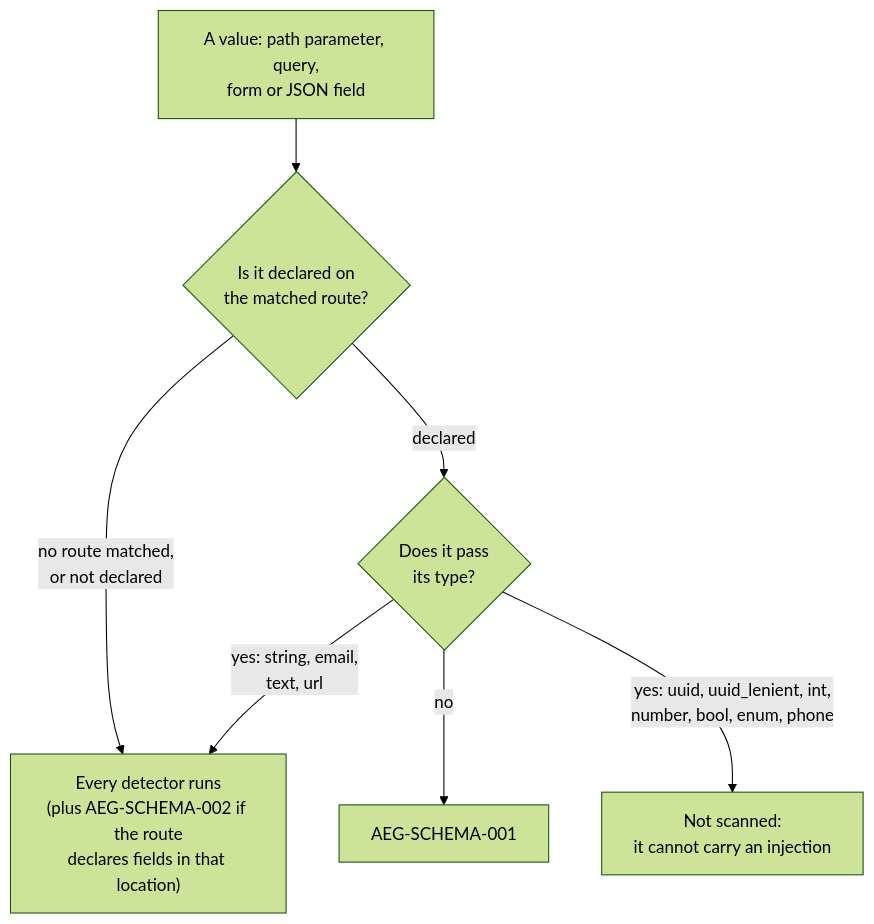
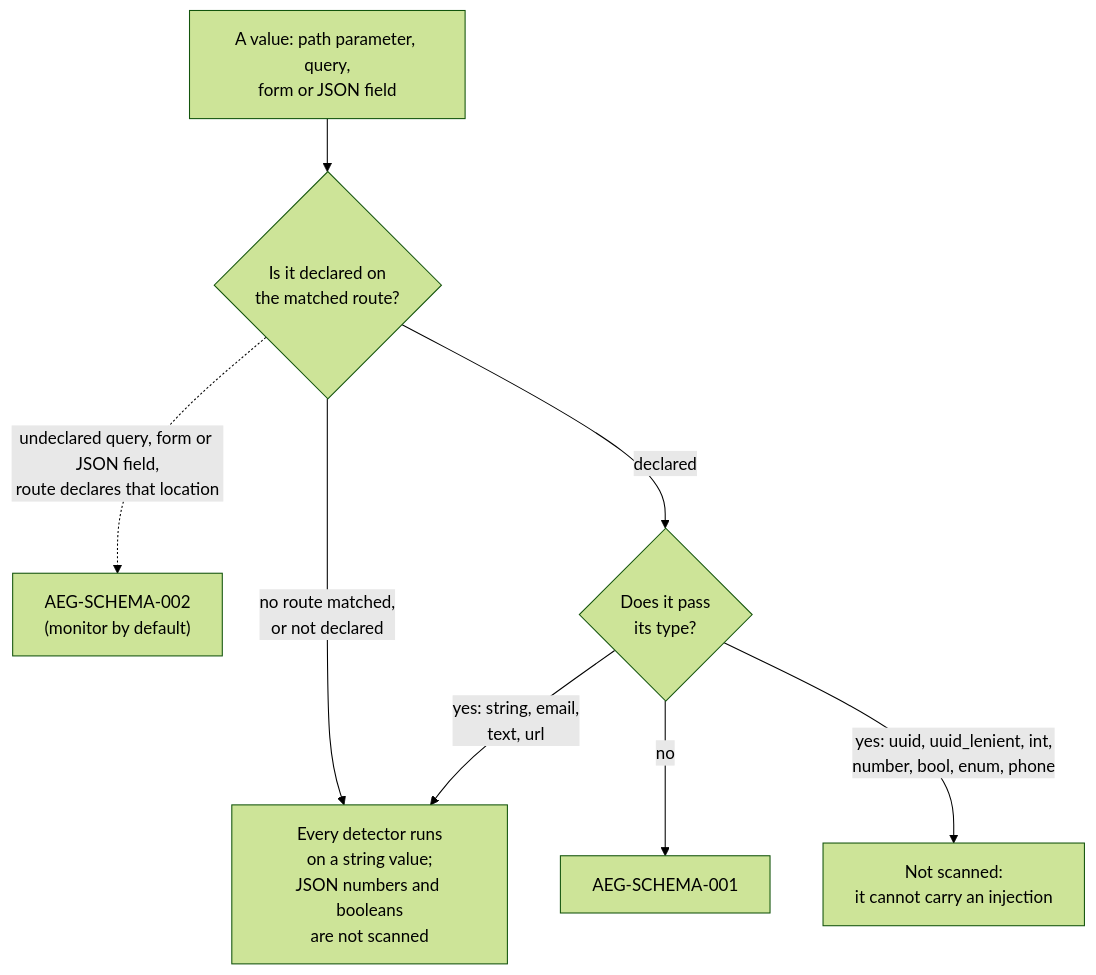
One commit to ergasterion-dev/aegolith changed the second of 2 diagrams in README.md. Above: the diagram before and after it, drawn with Mermaid (forest theme). The commit also changed other lines of this file, not shown here.

First line of the commit message:
docs(readme): count every latency run and address review findings

````diff
--- a/README.md
+++ b/README.md
@@ -174,9 +174,10 @@
 ```mermaid
 flowchart TD
     V["A value: path parameter, query,<br/>form or JSON field"] --> R{"Is it declared on<br/>the matched route?"}
-    R -- "no route matched,<br/>or not declared" --> S["Every detector runs<br/>(plus AEG-SCHEMA-002 if the route<br/>declares fields in that location)"]
+    R -- "no route matched,<br/>or not declared" --> S["Every detector runs<br/>on a string value;<br/>JSON numbers and booleans<br/>are not scanned"]
+    R -. "undeclared query, form or JSON field,<br/>route declares that location" .-> U["AEG-SCHEMA-002<br/>(monitor by default)"]
     R -- "declared" --> T{"Does it pass<br/>its type?"}
     T -- "no" --> X["AEG-SCHEMA-001"]
     T -- "yes: uuid, uuid_lenient, int,<br/>number, bool, enum, phone" --> K["Not scanned:<br/>it cannot carry an injection"]
     T -- "yes: string, email,<br/>text, url" --> S
 ```
````
